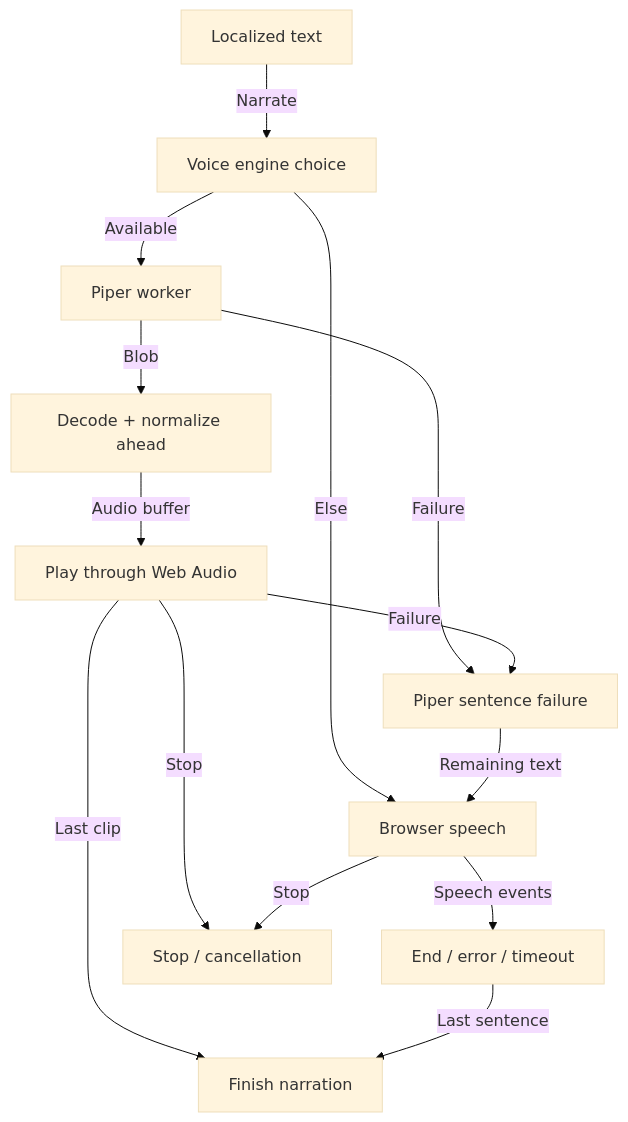
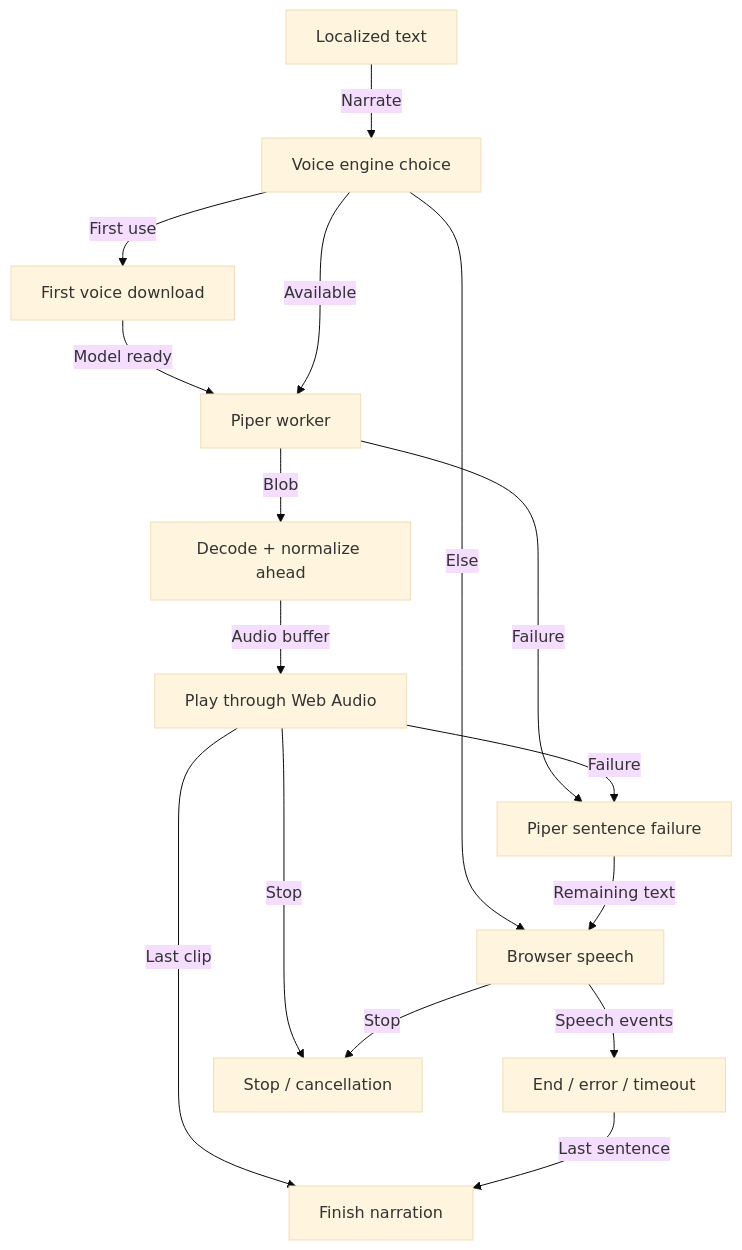
Diagram 29 of 51 in docs/app-map/FLOW-REFERENCE.md (missionode/lite), drawn with Mermaid (base theme) before and after one commit. The commit also changed other lines of this file and 119 other files, not shown here.

First line of the commit message:
feat: clear voice download, Sleep wind-down, WebP images

````diff
--- a/docs/app-map/FLOW-REFERENCE.md
+++ b/docs/app-map/FLOW-REFERENCE.md
@@ -1468,26 +1472,29 @@
 ```mermaid
 flowchart TD
   text["Localized text"]
   route["Voice engine choice"]
+  download["First voice download"]
   piper["Piper worker"]
   browser["Browser speech"]
   decode["Decode + normalize ahead"]
   play["Play through Web Audio"]
   fallback["Piper sentence failure"]
   browserend["End / error / timeout"]
   handoff["Finish narration"]
   cancel["Stop / cancellation"]
   text -->|"Narrate"| route
+  route -->|"First use"| download
+  download -->|"Model ready"| piper
   route -->|"Available"| piper
   route -->|"Else"| browser
   piper -->|"Blob"| decode
   decode -->|"Audio buffer"| play
   piper -->|"Failure"| fallback
   play -->|"Failure"| fallback
   fallback -->|"Remaining text"| browser
   browser -->|"Speech events"| browserend
   play -->|"Last clip"| handoff
   browserend -->|"Last sentence"| handoff
   play -->|"Stop"| cancel
   browser -->|"Stop"| cancel
 ```
````
